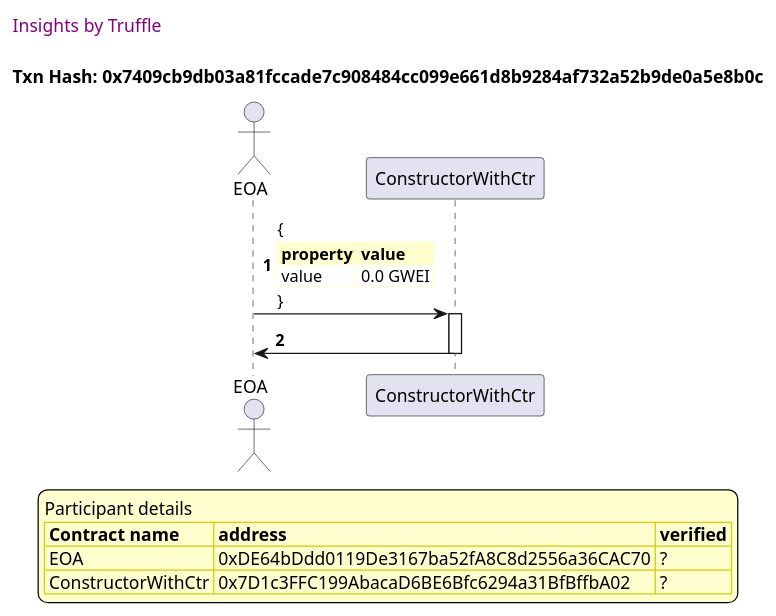
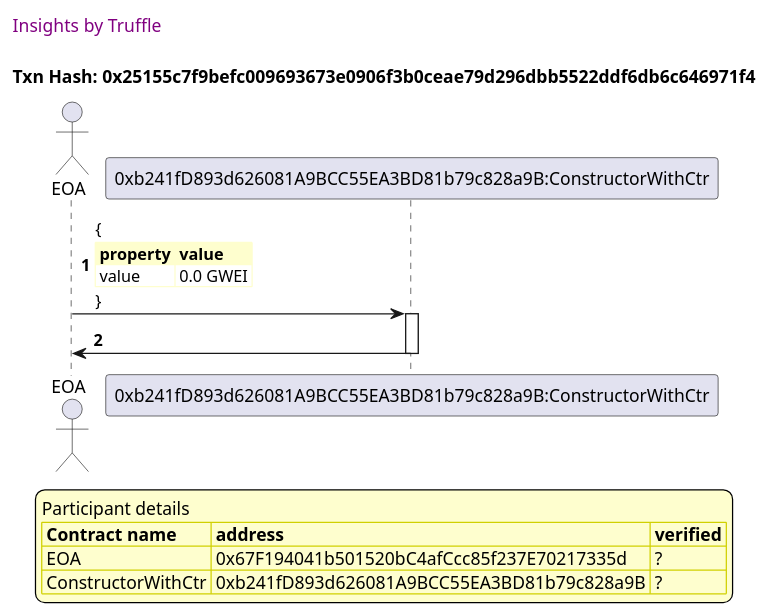
The second of 2 diagrams in truffle-seq/constructor.test.md (trufflesuite/txlog-seedlings), drawn with PlantUML before and after one commit. The commit also changed other lines of this file and 3 other files, not shown here.

````diff
--- a/truffle-seq/constructor.test.md
+++ b/truffle-seq/constructor.test.md
@@ -69,45 +69,45 @@
 ```plantuml
 
 
 @startuml
 
 autonumber
 skinparam legendBackgroundColor #FEFECE
 
 <style>
       header {
         HorizontalAlignment left
         FontColor purple
         FontSize 14
         Padding 10
       }
     </style>
 
 header Insights by Truffle
 
-title Txn Hash: 0x7409cb9db03a81fccade7c908484cc099e661d8b9284af732a52b9de0a5e8b0c
+title Txn Hash: 0x25155c7f9befc009693673e0906f3b0ceae79d296dbb5522ddf6db6c646971f4
 
 
 actor EOA as "EOA"
 
-participant ConstructorWithCtr as "ConstructorWithCtr"
+participant ConstructorWithCtr as "0xb241fD893d626081A9BCC55EA3BD81b79c828a9B:ConstructorWithCtr"
 
 "EOA" -> "ConstructorWithCtr" ++: {\n\
 <#FEFECE,#FEFECE>|= property |= value|\n\
 | value | 0.0 GWEI |\n\
 }
 
 "ConstructorWithCtr" -> "EOA" --: 
 
 
 
 legend
 Participant details
 <#FEFECE,#D0D000>|= Contract name |= address |= verified |
-<#FEFECE>| EOA | 0xDE64bDdd0119De3167ba52fA8C8d2556a36CAC70 | ? |
-<#FEFECE>| ConstructorWithCtr | 0x7D1c3FFC199AbacaD6BE6Bfc6294a31BfBffbA02 | ? |
+<#FEFECE>| EOA | 0x67F194041b501520bC4afCcc85f237E70217335d | ? |
+<#FEFECE>| ConstructorWithCtr | 0xb241fD893d626081A9BCC55EA3BD81b79c828a9B | ? |
 endlegend
 
 
 @enduml
 ```
````
